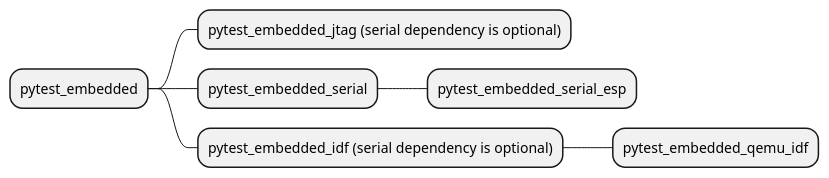
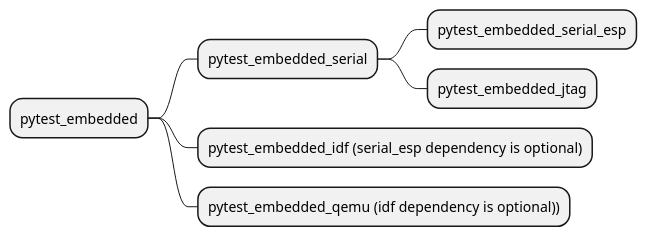
One commit to espressif/pytest-embedded changed the diagram in docs/umls/dependency_tree.puml. Above: the diagram before and after it, drawn with PlantUML. The commit also changed 58 other files, not shown here.

```diff
--- a/docs/umls/dependency_tree.puml
+++ b/docs/umls/dependency_tree.puml
@@ -1,8 +1,8 @@
 @startmindmap
 * pytest_embedded
-** pytest_embedded_jtag (serial dependency is optional)
 ** pytest_embedded_serial
 *** pytest_embedded_serial_esp
-** pytest_embedded_idf (serial dependency is optional)
-*** pytest_embedded_qemu_idf
+*** pytest_embedded_jtag
+** pytest_embedded_idf (serial_esp dependency is optional)
+** pytest_embedded_qemu (idf dependency is optional))
 @endmindmap
```
